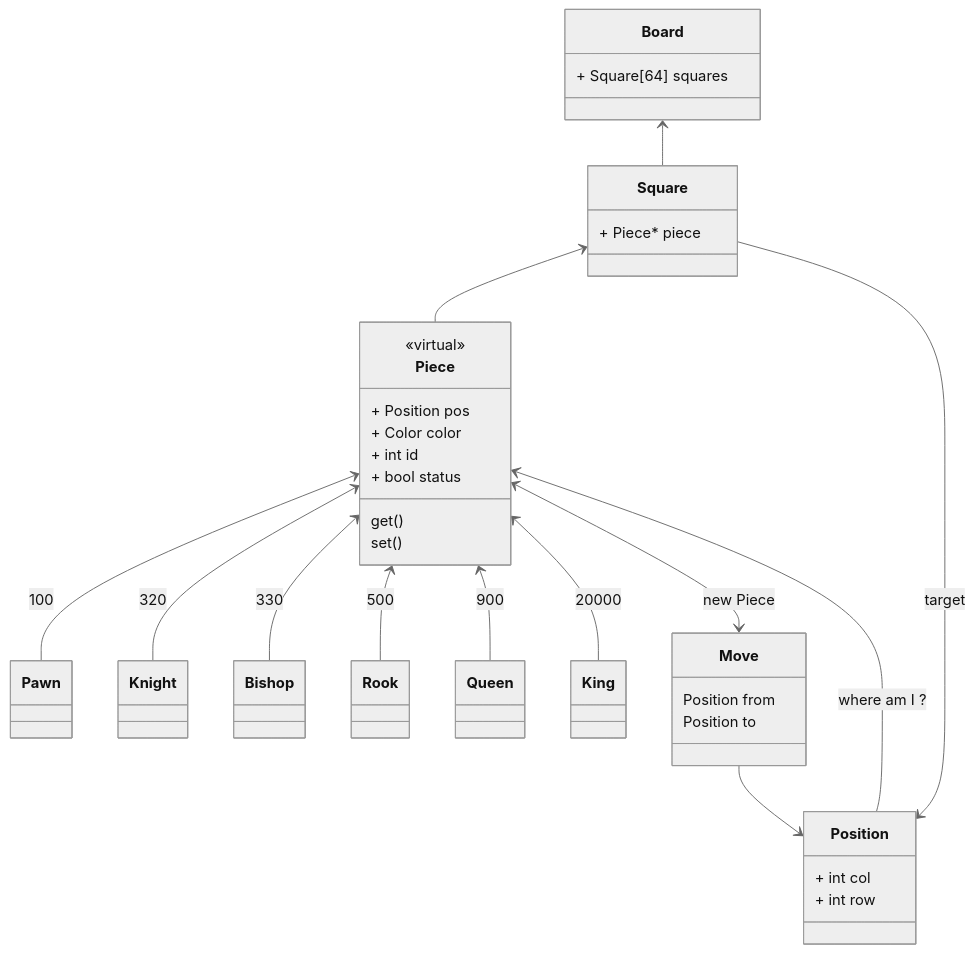
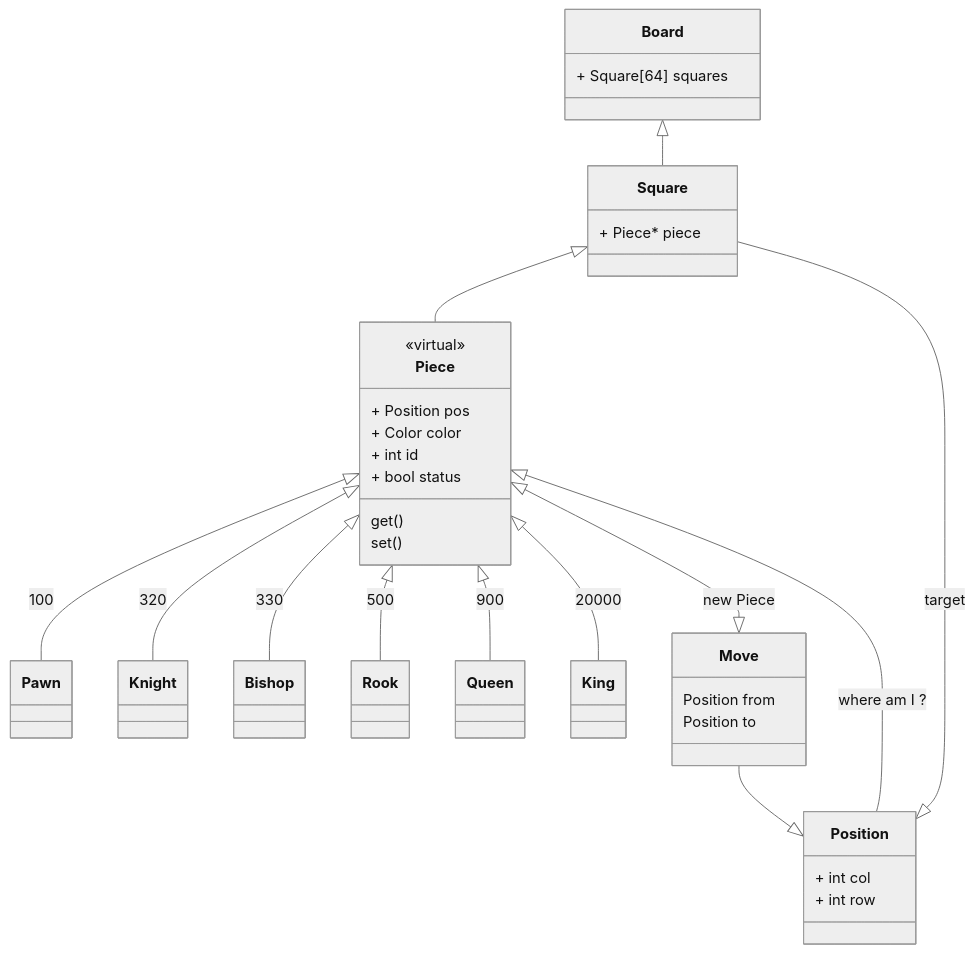
Before and after one commit to ThomasByr/chess: the first of 2 diagrams in README.md, drawn with Mermaid (neutral theme).

Commit message:
latest version of README file

````diff
--- a/README.md
+++ b/README.md
@@ -82,38 +82,38 @@
 ```mermaid
 classDiagram
-    Board <-- Square
-    Square <-- Piece
-    Piece <-- Pawn : 100
-    Piece <-- Knight : 320
-    Piece <-- Bishop : 330
-    Piece <-- Rook : 500
-    Piece <-- Queen : 900
-    Piece <-- King : 20000
-    Position --> Piece : where am I ?
-    Position <-- Square : target
-    Piece <--> Move : new Piece
-    Move --> Position
+    Board <|-- Square
+    Square <|-- Piece
+    Piece <|-- Pawn : 100
+    Piece <|-- Knight : 320
+    Piece <|-- Bishop : 330
+    Piece <|-- Rook : 500
+    Piece <|-- Queen : 900
+    Piece <|-- King : 20000
+    Position --|> Piece : where am I ?
+    Position <|-- Square : target
+    Piece <|--|> Move : new Piece
+    Move --|> Position
     class Piece {
         <<virtual>>
         + Position pos
         + Color color
         + int id
         + bool status
         get()
         set()
     }
     class Square {
         + Piece* piece
     }
     class Board {
         + Square[64] squares
     }
     class Position {
         + int col
         + int row
     }
     class Move {
         Position from
         Position to
     }
 ```
````
